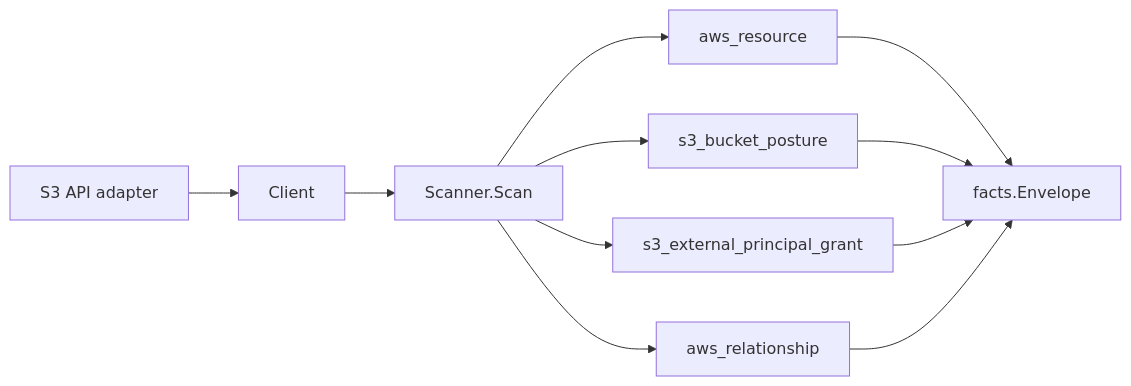
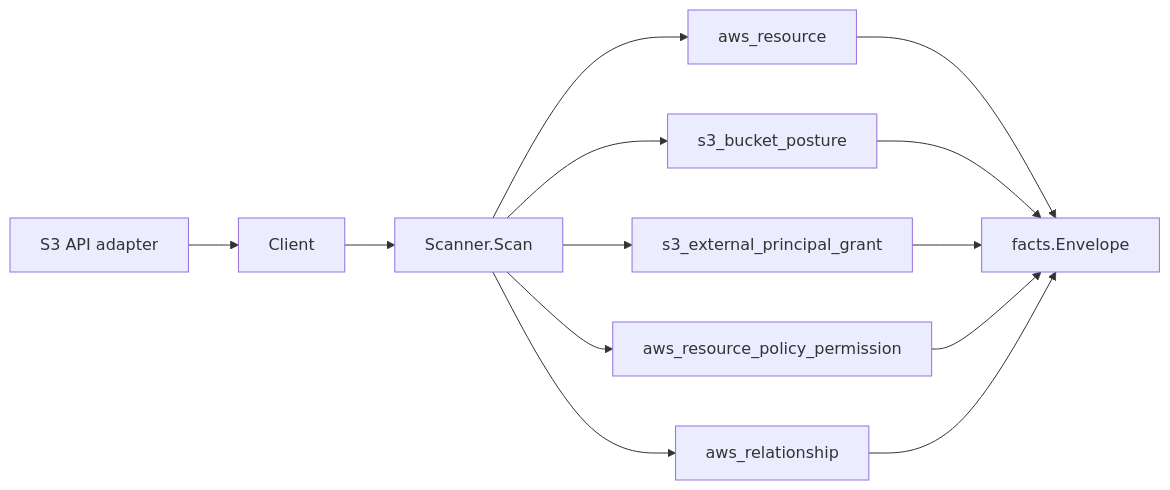
Before and after one commit to eshu-hq/eshu: the diagram in go/internal/collector/awscloud/services/s3/README.md, drawn with Mermaid. The commit also changed other lines of this file and 31 other files, not shown here.

````diff
--- a/go/internal/collector/awscloud/services/s3/README.md
+++ b/go/internal/collector/awscloud/services/s3/README.md
@@ -18,13 +20,15 @@
 ```mermaid
 flowchart LR
   A["S3 API adapter"] --> B["Client"]
   B --> C["Scanner.Scan"]
   C --> D["aws_resource"]
   C --> G["s3_bucket_posture"]
   C --> H["s3_external_principal_grant"]
+  C --> I["aws_resource_policy_permission"]
   C --> E["aws_relationship"]
   D --> F["facts.Envelope"]
   G --> F
   H --> F
+  I --> F
   E --> F
 ```
````
